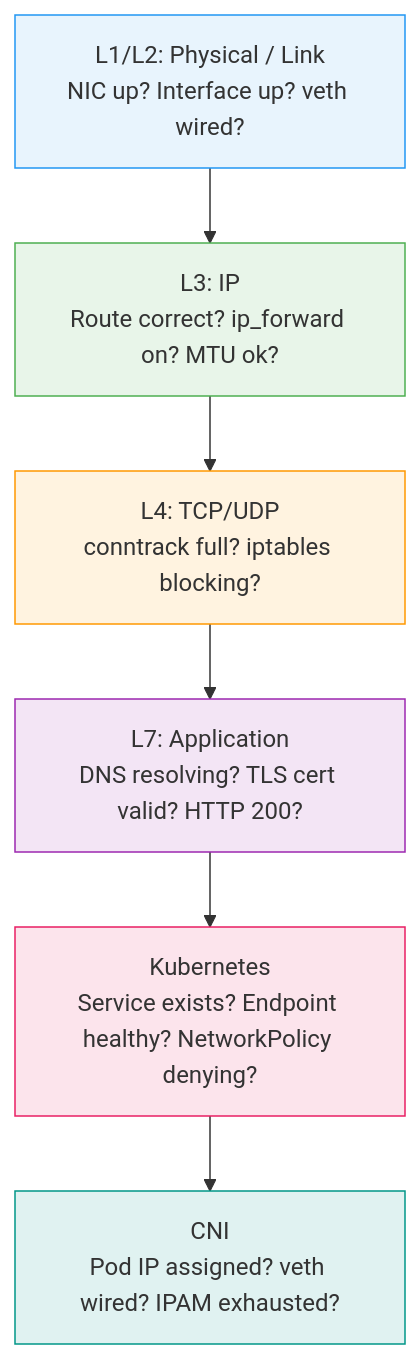
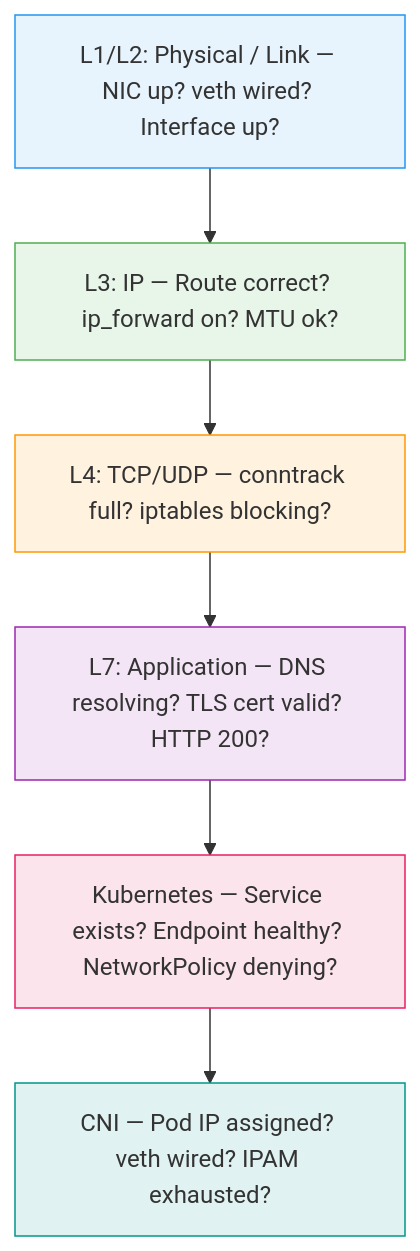
Before and after one commit to MykolaLebid/Kubernetes_networking_engineering: the first of 2 diagrams in lessons/24-network-observability-troubleshooting.md, drawn with Mermaid. The commit also changed other lines of this file and 35 other files, not shown here.

First line of the commit message:
Restructure all 34 lessons: Theory/Practice split, richer diagrams, industry examples, navigation

````diff
--- a/lessons/24-network-observability-troubleshooting.md
+++ b/lessons/24-network-observability-troubleshooting.md
@@ -30,18 +18,18 @@
 ```mermaid
 flowchart TD
-    L1["L1/L2: Physical / Link\nNIC up? Interface up? veth wired?"]
-    L3["L3: IP\nRoute correct? ip_forward on? MTU ok?"]
-    L4["L4: TCP/UDP\nconntrack full? iptables blocking?"]
-    L7["L7: Application\nDNS resolving? TLS cert valid? HTTP 200?"]
-    K8S["Kubernetes\nService exists? Endpoint healthy? NetworkPolicy denying?"]
-    CNI["CNI\nPod IP assigned? veth wired? IPAM exhausted?"]
+    L1["L1/L2: Physical / Link — NIC up? veth wired? Interface up?"]
+    L3["L3: IP — Route correct? ip_forward on? MTU ok?"]
+    L4["L4: TCP/UDP — conntrack full? iptables blocking?"]
+    L7["L7: Application — DNS resolving? TLS cert valid? HTTP 200?"]
+    K8S["Kubernetes — Service exists? Endpoint healthy? NetworkPolicy denying?"]
+    CNI["CNI — Pod IP assigned? veth wired? IPAM exhausted?"]
 
     L1 --> L3 --> L4 --> L7 --> K8S --> CNI
 
     style L1 fill:#e8f4fd,stroke:#2196F3
     style L3 fill:#e8f5e9,stroke:#4CAF50
     style L4 fill:#fff3e0,stroke:#FF9800
     style L7 fill:#f3e5f5,stroke:#9C27B0
     style K8S fill:#fce4ec,stroke:#E91E63
     style CNI fill:#e0f2f1,stroke:#009688
 ```
````
